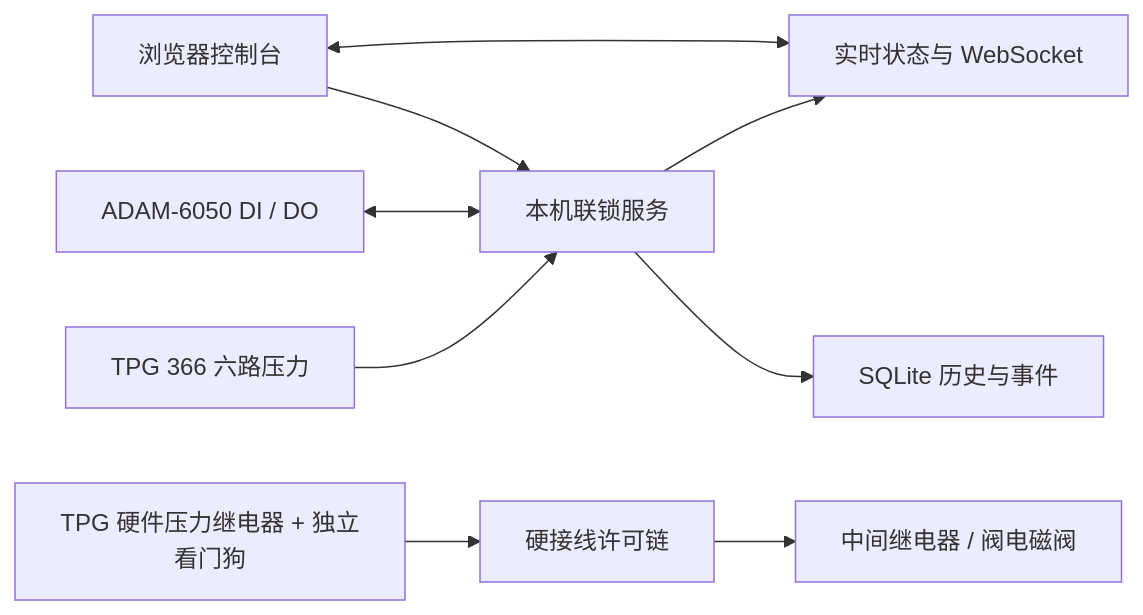
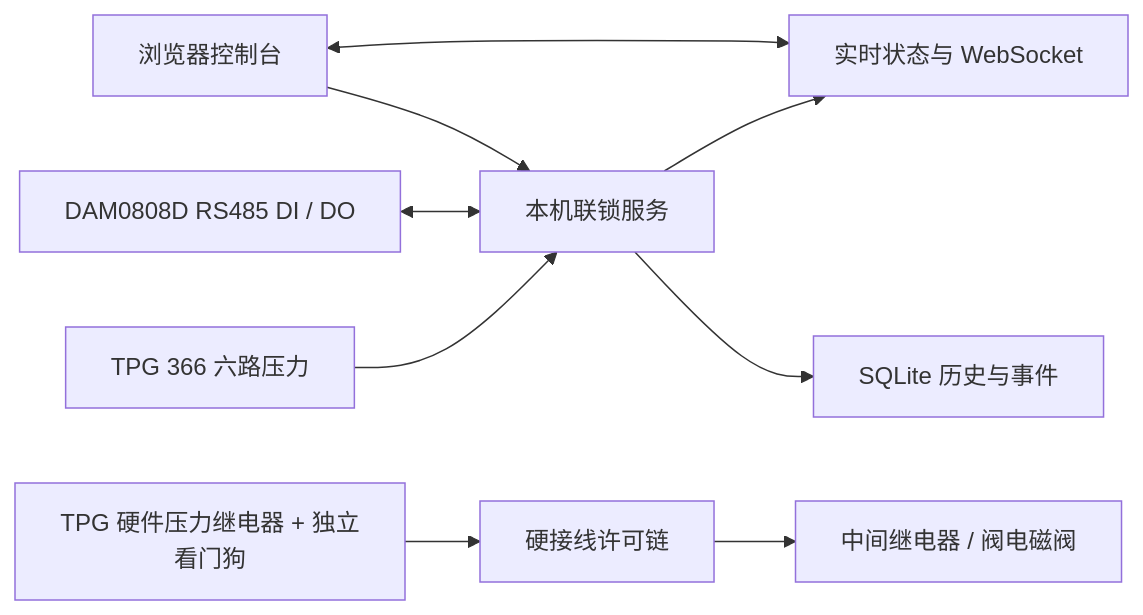
One commit to dcysbb/1025 changed the diagram in README.md. Above: the diagram before and after it, drawn with Mermaid. The commit also changed other lines of this file and 26 other files, not shown here.

````diff
--- a/README.md
+++ b/README.md
@@ -57,11 +64,11 @@
 ```mermaid
 flowchart LR
   A[TPG 366 六路压力] --> B[本机联锁服务]
-  C[ADAM-6050 DI / DO] <--> B
+  C[DAM0808D RS485 DI / DO] <--> B
   B --> D[实时状态与 WebSocket]
   B --> E[SQLite 历史与事件]
   F[浏览器控制台] <--> D
   F --> B
   G[TPG 硬件压力继电器 + 独立看门狗] --> H[硬接线许可链]
   H --> I[中间继电器 / 阀电磁阀]
 ```
````
